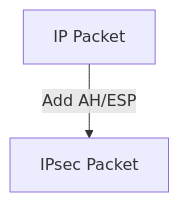
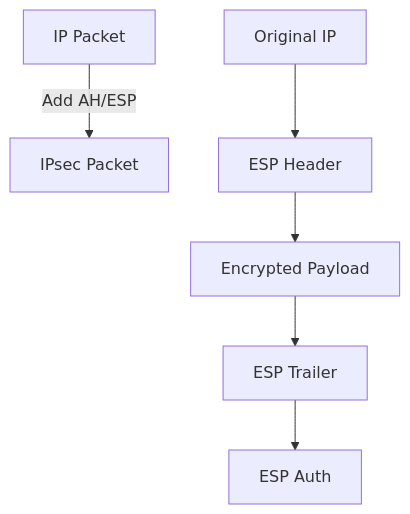
The diagram in ch8/8.7_Network_Layer_Security_IPsec_VPN.md (Attash2312/cntheory), drawn with Mermaid before and after one commit. The commit also changed other lines of this file and 79 other files, not shown here.

````diff
--- a/ch8/8.7_Network_Layer_Security_IPsec_VPN.md
+++ b/ch8/8.7_Network_Layer_Security_IPsec_VPN.md
@@ -28,4 +244,8 @@
 ```mermaid
 graph TD
   A[IP Packet] -- Add AH/ESP --> B[IPsec Packet]
+  C[Original IP] --> D[ESP Header]
+  D --> E[Encrypted Payload]
+  E --> F[ESP Trailer]
+  F --> G[ESP Auth]
 ```
````
